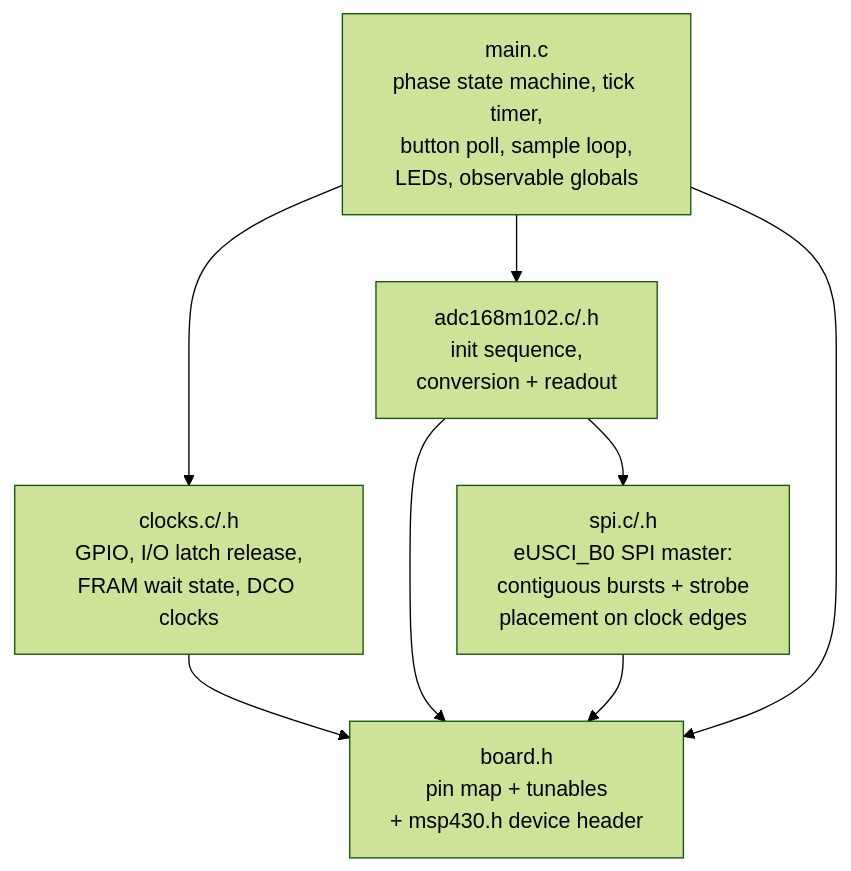
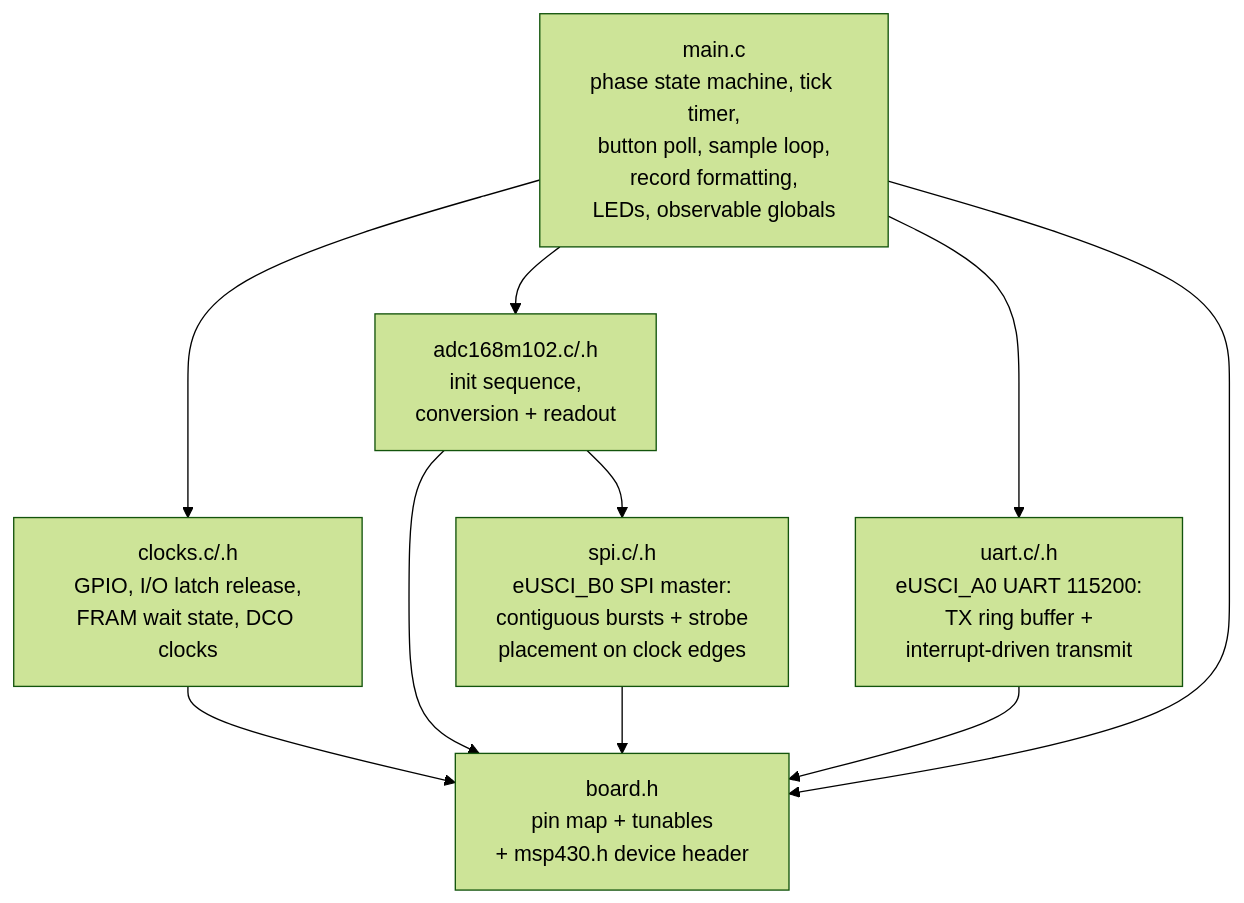
Before and after one commit to S-OConnor/MSP430_TestRepo: the second of 13 diagrams in docs/DESIGN.md, drawn with Mermaid (forest theme). The commit also changed other lines of this file and 9 other files, not shown here.

````diff
--- a/docs/DESIGN.md
+++ b/docs/DESIGN.md
@@ -181,16 +184,19 @@
 ```mermaid
 flowchart TD
-    main["main.c<br/>phase state machine, tick timer,<br/>button poll, sample loop,<br/>LEDs, observable globals"]
+    main["main.c<br/>phase state machine, tick timer,<br/>button poll, sample loop,<br/>record formatting,<br/>LEDs, observable globals"]
     clocks["clocks.c/.h<br/>GPIO, I/O latch release,<br/>FRAM wait state, DCO clocks"]
     adc["adc168m102.c/.h<br/>init sequence,<br/>conversion + readout"]
     spi["spi.c/.h<br/>eUSCI_B0 SPI master:<br/>contiguous bursts + strobe<br/>placement on clock edges"]
+    uart["uart.c/.h<br/>eUSCI_A0 UART 115200:<br/>TX ring buffer +<br/>interrupt-driven transmit"]
     board["board.h<br/>pin map + tunables<br/>+ msp430.h device header"]
 
     main --> clocks
     main --> adc
+    main --> uart
     adc --> spi
     clocks --> board
     adc --> board
     spi --> board
+    uart --> board
     main --> board
 ```
````
